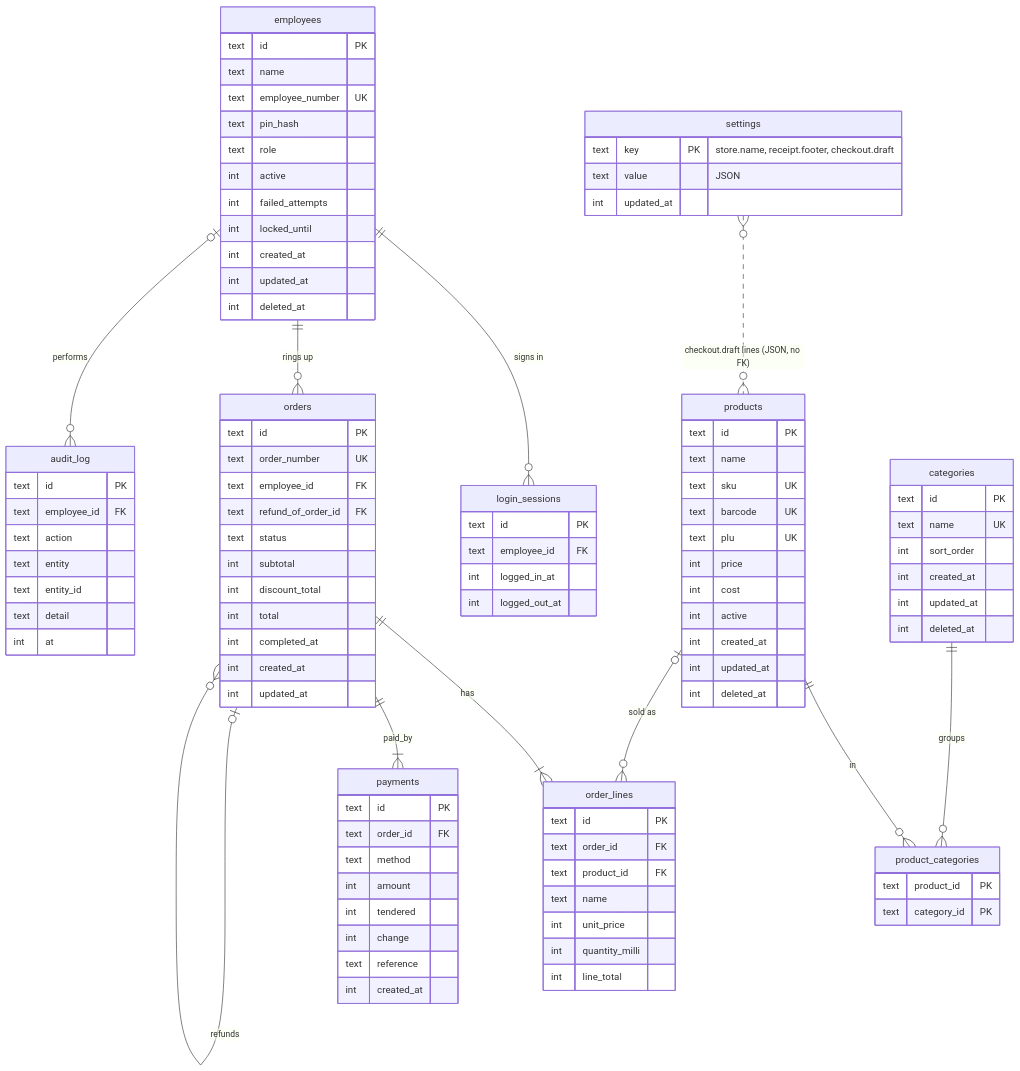
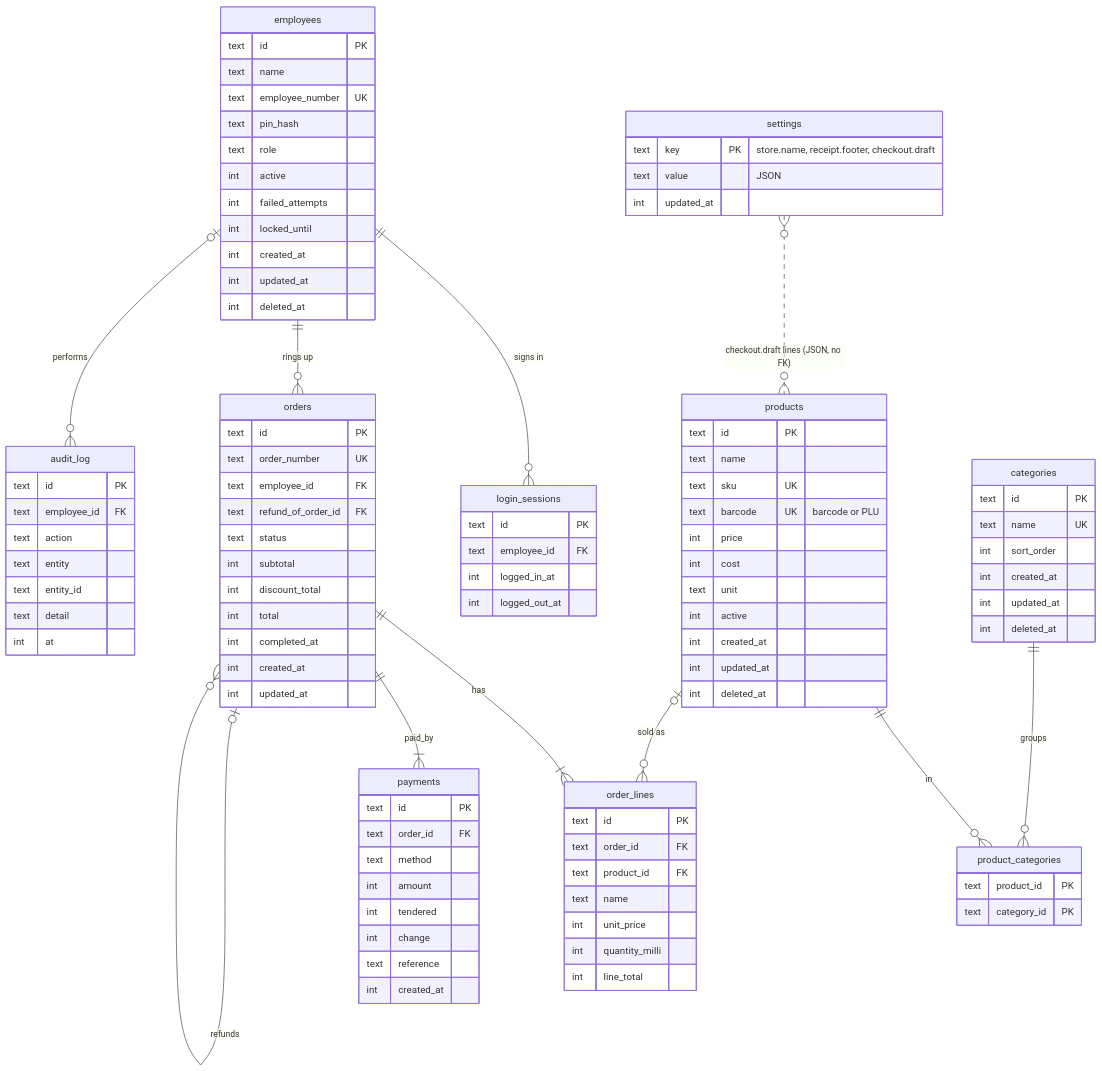
Before and after one commit to Joseph-013/MicroPOS-monorepo: the diagram in docs/erd.mmd, drawn with Mermaid. The commit also changed 66 other files, not shown here.

```diff
--- a/docs/erd.mmd
+++ b/docs/erd.mmd
@@ -1,102 +1,102 @@
 erDiagram
     employees ||--o{ login_sessions : "signs in"
     employees ||--o{ orders : "rings up"
     employees |o--o{ audit_log : "performs"
     settings }o..o{ products : "checkout.draft lines (JSON, no FK)"
     products ||--o{ product_categories : "in"
     categories ||--o{ product_categories : "groups"
     orders ||--|{ order_lines : "has"
     products |o--o{ order_lines : "sold as"
     orders ||--|{ payments : "paid_by"
     orders |o--o{ orders : "refunds"
 
     employees {
         text id PK
         text name
         text employee_number UK
         text pin_hash
         text role
         int active
         int failed_attempts
         int locked_until
         int created_at
         int updated_at
         int deleted_at
     }
     login_sessions {
         text id PK
         text employee_id FK
         int logged_in_at
         int logged_out_at
     }
     audit_log {
         text id PK
         text employee_id FK
         text action
         text entity
         text entity_id
         text detail
         int at
     }
     categories {
         text id PK
         text name UK
         int sort_order
         int created_at
         int updated_at
         int deleted_at
     }
     product_categories {
         text product_id PK
         text category_id PK
     }
     products {
         text id PK
         text name
         text sku UK
-        text barcode UK
-        text plu UK
+        text barcode UK "barcode or PLU"
         int price
         int cost
+        text unit
         int active
         int created_at
         int updated_at
         int deleted_at
     }
     orders {
         text id PK
         text order_number UK
         text employee_id FK
         text refund_of_order_id FK
         text status
         int subtotal
         int discount_total
         int total
         int completed_at
         int created_at
         int updated_at
     }
     order_lines {
         text id PK
         text order_id FK
         text product_id FK
         text name
         int unit_price
         int quantity_milli
         int line_total
     }
     payments {
         text id PK
         text order_id FK
         text method
         int amount
         int tendered
         int change
         text reference
         int created_at
     }
     settings {
         text key PK "store.name, receipt.footer, checkout.draft"
         text value "JSON"
         int updated_at
     }
```
